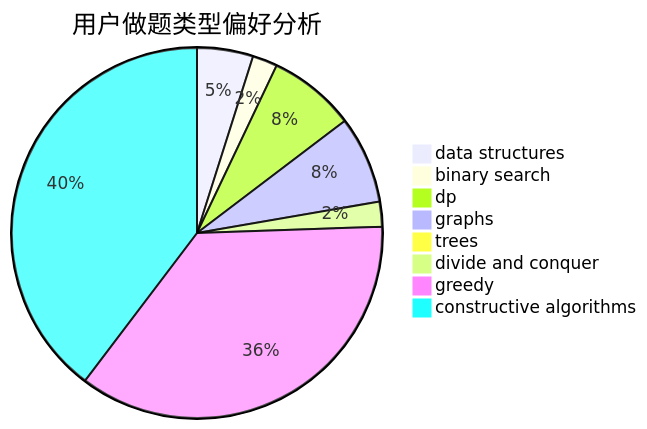
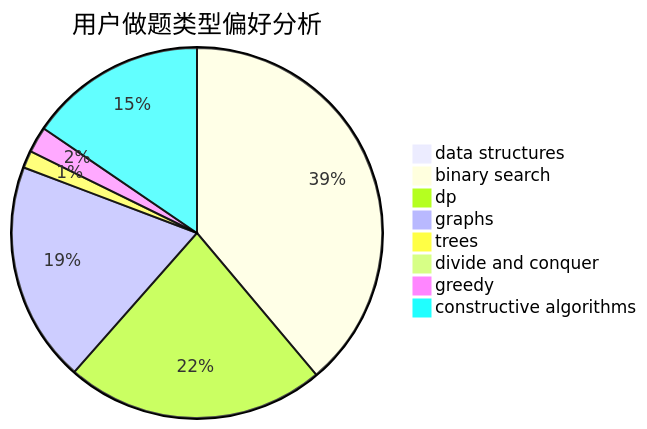
Before and after one commit to sherpahu/cfrs.github.io: the second of 3 diagrams in docs/user/u1512.md, drawn with Mermaid. The commit also changed other lines of this file and 2770 other files, not shown here.

````diff
--- a/docs/user/u1512.md
+++ b/docs/user/u1512.md
@@ -23,11 +23,11 @@
 ```mermaid
 pie title 用户做题类型偏好分析
-    "data structures" :  9
-    "binary search" :  4
-    "dp" :  14
-    "graphs" :  14
-    "trees" :  0
-    "divide and conquer" :  4
-    "greedy" :  66
-    "constructive algorithms" :  73
+    "data structures" :  2
+    "binary search" :  103
+    "dp" :  60
+    "graphs" :  51
+    "trees" :  4
+    "divide and conquer" :  0
+    "greedy" :  6
+    "constructive algorithms" :  41
 ```
````
